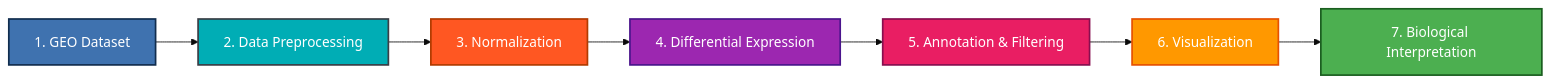
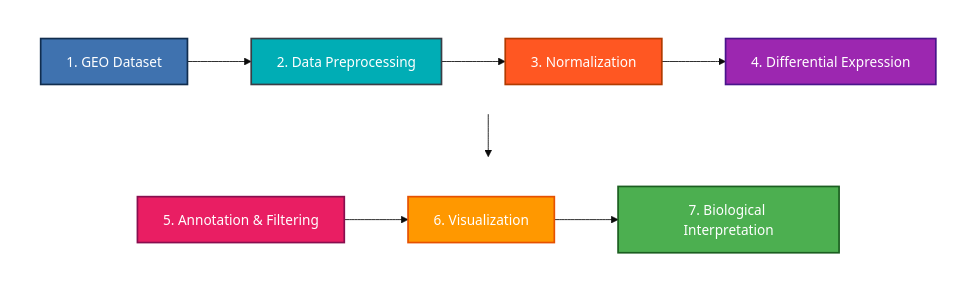
The diagram in README.md (JoseManurung/PDAC-PNI-Transcriptomics-Analysis), drawn with Mermaid (base theme) before and after one commit.

````diff
--- a/README.md
+++ b/README.md
@@ -80,18 +80,33 @@
 ```mermaid
-graph LR
-    S1["1. GEO Dataset"] --> S2["2. Data Preprocessing"]
-    S2 --> S3["3. Normalization"]
-    S3 --> S4["4. Differential Expression"]
-    S4 --> S5["5. Annotation & Filtering"]
-    S5 --> S6["6. Visualization"]
-    S6 --> S7["7. Biological Interpretation"]
+graph TD
+    %% Top Row: Steps 1 to 4 (Flowing Left to Right)
+    subgraph Row1 [ ]
+        direction LR
+        S1["1. GEO Dataset"] --> S2["2. Data Preprocessing"]
+        S2 --> S3["3. Normalization"]
+        S3 --> S4["4. Differential Expression"]
+    end
+
+    %% Vertical connector from Step 4 down to Step 5
+    S4 --> S5
+
+    %% Bottom Row: Steps 5 to 7 (Flowing Right to Left)
+    subgraph Row2 [ ]
+        direction LR
+        S5["5. Annotation & Filtering"] --> S6["6. Visualization"]
+        S6 --> S7["7. Biological Interpretation"]
+    end
 
     %% Creative Colorful Styling for Each Step
     style S1 fill:#3f72af,color:#fff,stroke:#112d4e,stroke-width:2px
     style S2 fill:#00adb5,color:#fff,stroke:#393e46,stroke-width:2px
     style S3 fill:#ff5722,color:#fff,stroke:#b23b00,stroke-width:2px
     style S4 fill:#9c27b0,color:#fff,stroke:#4a148c,stroke-width:2px
     style S5 fill:#e91e63,color:#fff,stroke:#880e4f,stroke-width:2px
     style S6 fill:#ff9800,color:#fff,stroke:#e65100,stroke-width:2px
     style S7 fill:#4caf50,color:#fff,stroke:#1b5e20,stroke-width:2px
+
+    %% Remove subgraph borders and background for a clean layout
+    style Row1 fill:transparent,stroke:none
+    style Row2 fill:transparent,stroke:none
 ```
````
